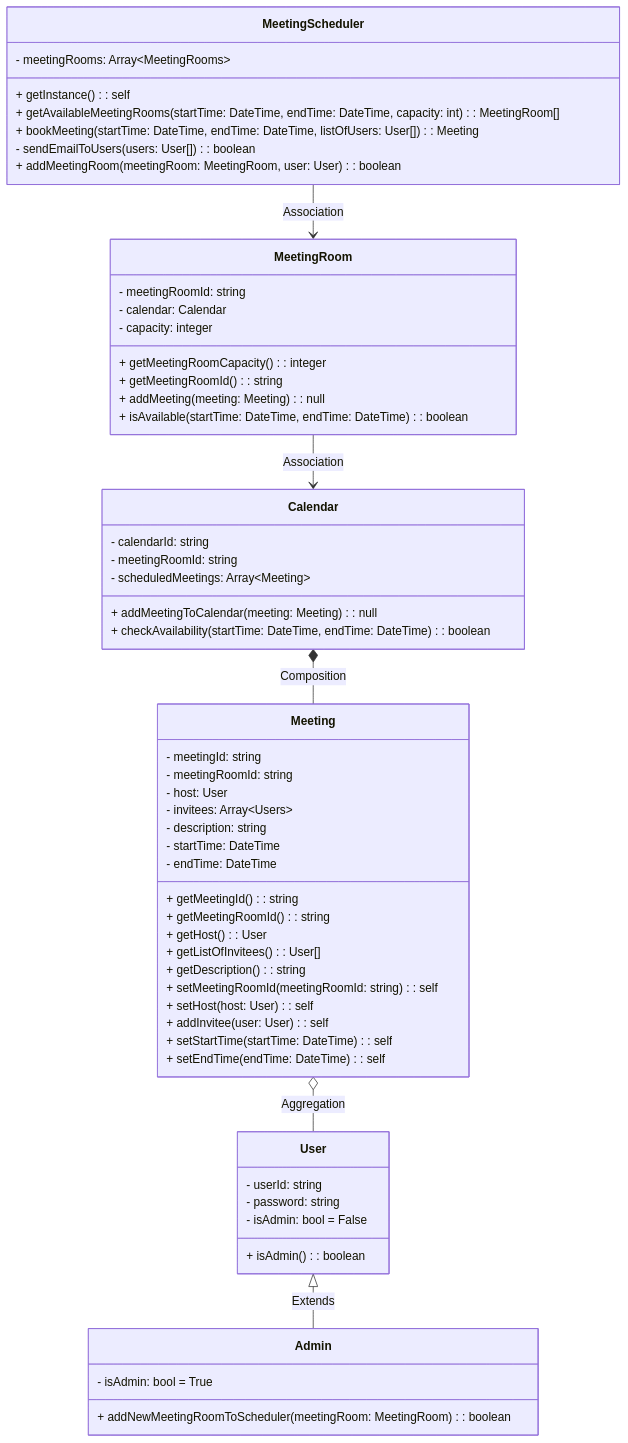
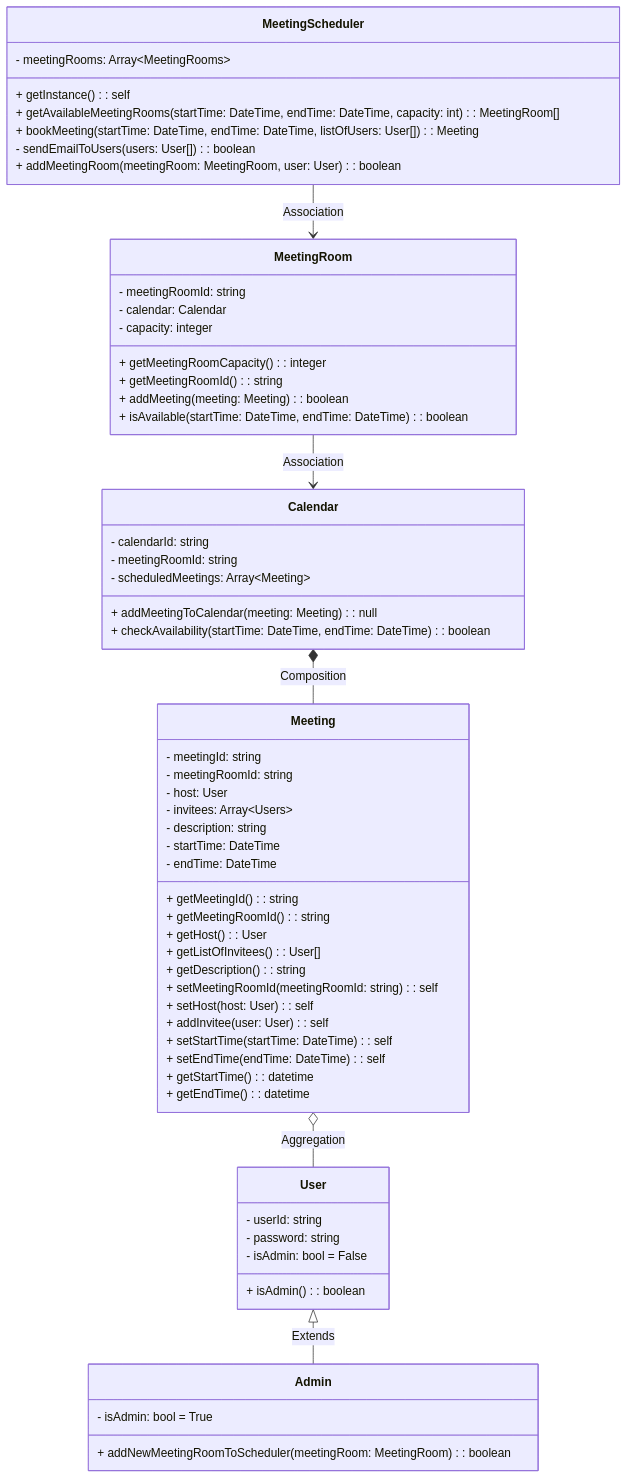
The diagram in MeetingScheduler/ReadMe.md (vinaycchndra/Python_LLDs), drawn with Mermaid before and after one commit. The commit also changed 2 other files, not shown here.

Commit message:
added calendar class

````diff
--- a/MeetingScheduler/ReadMe.md
+++ b/MeetingScheduler/ReadMe.md
@@ -38,71 +38,73 @@
 ```mermaid
 classDiagram
     class MeetingScheduler{
     - meetingRooms: Array~MeetingRooms~
     + getInstance(): self
     + getAvailableMeetingRooms(startTime: DateTime, endTime: DateTime, capacity: int): MeetingRoom[]
     + bookMeeting(startTime: DateTime, endTime: DateTime, listOfUsers: User[]): Meeting
     - sendEmailToUsers(users: User[]): boolean
     + addMeetingRoom(meetingRoom: MeetingRoom, user: User): boolean
     }
 
     MeetingScheduler --> MeetingRoom: Association 
 
 
     class MeetingRoom{
         - meetingRoomId: string
         - calendar: Calendar
         - capacity: integer
         + getMeetingRoomCapacity(): integer
         + getMeetingRoomId(): string
-        + addMeeting(meeting: Meeting): null
+        + addMeeting(meeting: Meeting): boolean
         + isAvailable(startTime: DateTime, endTime: DateTime): boolean
     }
 
     class Calendar{
         - calendarId: string
         - meetingRoomId: string
         - scheduledMeetings: Array~Meeting~
         + addMeetingToCalendar(meeting: Meeting): null
         + checkAvailability(startTime: DateTime, endTime: DateTime): boolean
     }
     
     MeetingRoom --> Calendar: Association
     Calendar *-- Meeting: Composition
     
     class User{
         - userId: string
         - password: string
         - isAdmin: bool = False
         + isAdmin(): boolean
     }
 
     User <|-- Admin: Extends
     
     class Admin{
         - isAdmin: bool = True
         + addNewMeetingRoomToScheduler(meetingRoom: MeetingRoom): boolean
     }
 
     class Meeting{
         - meetingId: string
         - meetingRoomId: string
         - host: User
         - invitees: Array~Users~
         - description: string
         - startTime: DateTime
         - endTime: DateTime
         + getMeetingId(): string
         + getMeetingRoomId(): string
         + getHost(): User
         + getListOfInvitees(): User[]
         + getDescription(): string
         + setMeetingRoomId(meetingRoomId: string): self
         + setHost(host: User): self
         + addInvitee(user: User): self
         + setStartTime(startTime: DateTime): self
         + setEndTime(endTime: DateTime): self
+        + getStartTime(): datetime
+        + getEndTime(): datetime
     }
 
     Meeting o-- User: Aggregation
 ```
````
